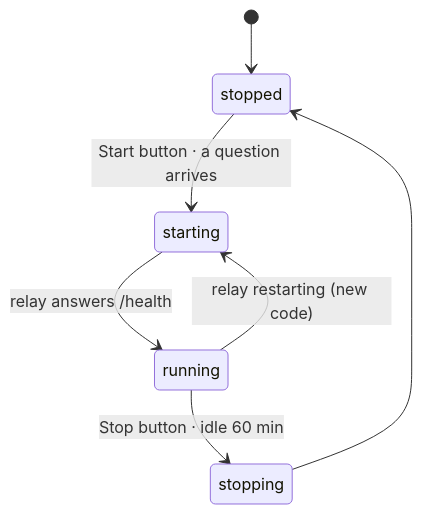
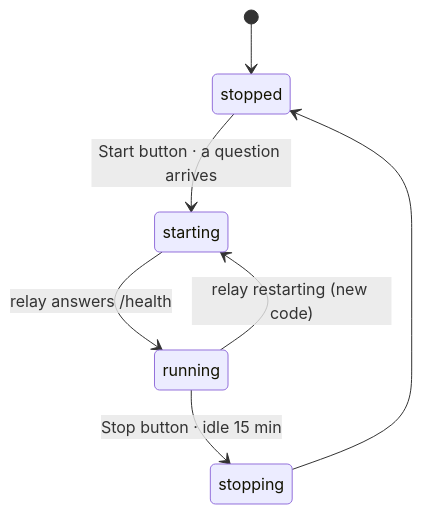
The fifth of 5 diagrams in docs/modules/ai/support_console/technical_guide.md (sampadadiwan/IRM_CompanyMain), drawn with Mermaid before and after one commit. The commit also changed other lines of this file and 34 other files, not shown here.

First line of the commit message:
Support Console: keep Claude's SQL inside one client; working Start/Stop; 15-minute idle stop (#1846)

````diff
--- a/docs/modules/ai/support_console/technical_guide.md
+++ b/docs/modules/ai/support_console/technical_guide.md
@@ -306,9 +316,9 @@
 ```mermaid
 stateDiagram-v2
     [*] --> stopped
     stopped --> starting: Start button · a question arrives
     starting --> running: relay answers /health
-    running --> stopping: Stop button · idle 60 min
+    running --> stopping: Stop button · idle 15 min
     stopping --> stopped
     running --> starting: relay restarting (new code)
 ```
````
